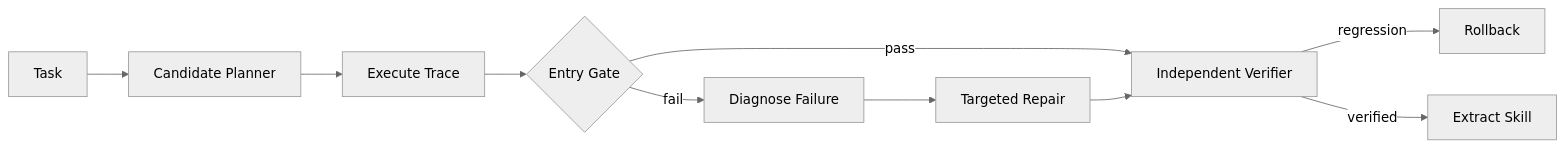
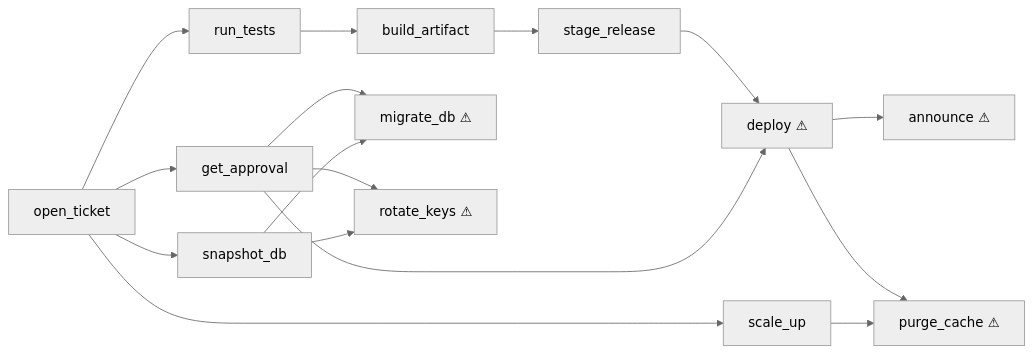
One commit to asher0913/reflective-agent-lab changed the diagram in README.md. Above: the diagram before and after it, drawn with Mermaid (neutral theme). The commit also changed other lines of this file and 19 other files, not shown here.

````diff
--- a/README.md
+++ b/README.md
@@ -20,12 +70,16 @@
 ```mermaid
 flowchart LR
-  T[Task] --> P[Candidate Planner]
-  P --> E[Execute Trace]
-  E --> G{Entry Gate}
-  G -->|pass| V[Independent Verifier]
-  G -->|fail| D[Diagnose Failure]
-  D --> R[Targeted Repair]
-  R --> V
-  V -->|regression| B[Rollback]
-  V -->|verified| S[Extract Skill]
+    T[open_ticket] --> A[get_approval]
+    T --> B[snapshot_db]
+    T --> R[run_tests] --> AR[build_artifact] --> S[stage_release]
+    T --> C[scale_up]
+    A --> M["migrate_db ⚠"]
+    B --> M
+    A --> K["rotate_keys ⚠"]
+    B --> K
+    S --> D["deploy ⚠"]
+    A --> D
+    D --> AN["announce ⚠"]
+    D --> P["purge_cache ⚠"]
+    C --> P
 ```
````
